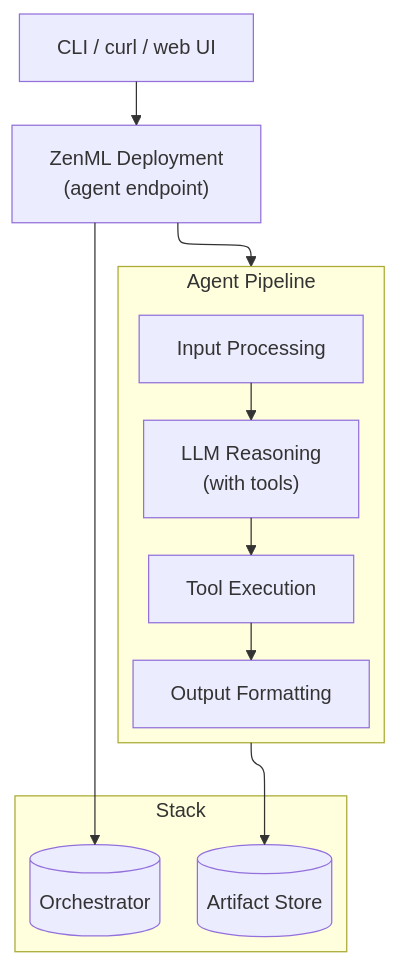
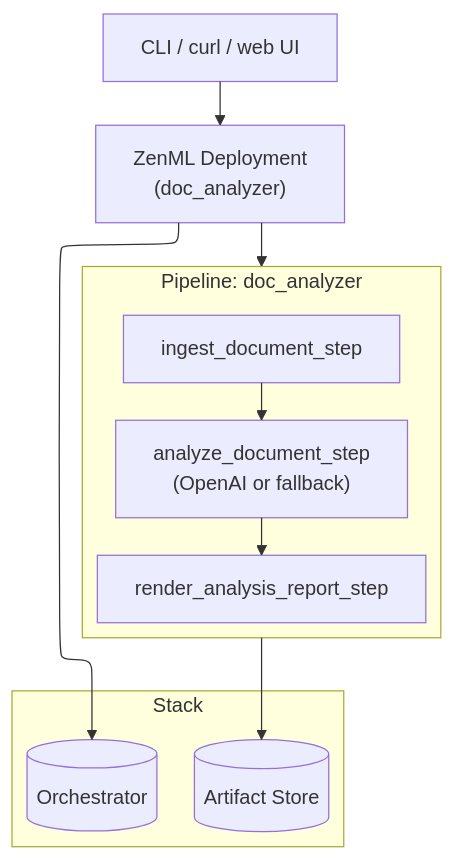
Before and after one commit to zenml-io/zenml: the first of 3 diagrams in docs/book/getting-started/your-first-ai-pipeline.md, drawn with Mermaid. The commit also changed other lines of this file, not shown here.

Commit message:
Update AI pipeline configurations for different paths

````diff
--- a/docs/book/getting-started/your-first-ai-pipeline.md
+++ b/docs/book/getting-started/your-first-ai-pipeline.md
@@ -46,27 +52,26 @@
 ```mermaid
 ---
 config:
   layout: elk
   theme: mc
 ---
 flowchart TB
-  U["CLI / curl / web UI"] --> D["ZenML Deployment<br/>(agent endpoint)"]
+  U["CLI / curl / web UI"] --> D["ZenML Deployment<br/>(doc_analyzer)"]
 
-  subgraph PIPE["Agent Pipeline"]
-    I["Input Processing"]
-    A["LLM Reasoning<br/>(with tools)"]
-    T["Tool Execution"]
-    O["Output Formatting"]
-    I --> A --> T --> O
+  subgraph PIPE["Pipeline: doc_analyzer"]
+    I["ingest_document_step"]
+    A["analyze_document_step<br/>(OpenAI or fallback)"]
+    R["render_analysis_report_step"]
+    I --> A --> R
   end
 
   D --> PIPE
 
   subgraph STACK["Stack"]
     OR[("Orchestrator")]
     AR[("Artifact Store")]
   end
 
   PIPE --> AR
   D --> OR
 ```
````
